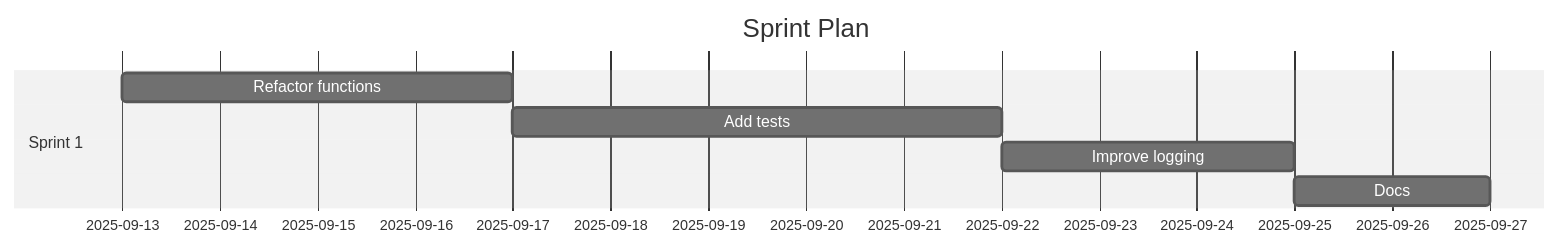
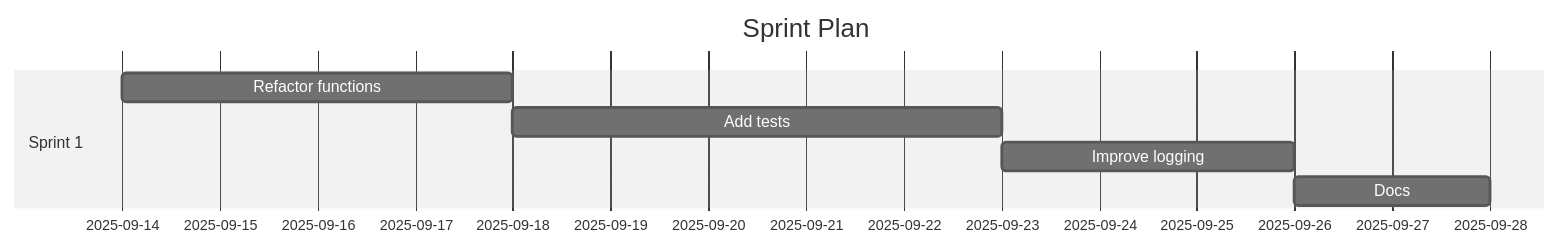
Before and after one commit to Anselmoo/mcp-ai-agent-guidelines: the diagram in demos/demo-code-analysis.sprint.md, drawn with Mermaid (neutral theme). The commit also changed other lines of this file and 13 other files, not shown here.

````diff
--- a/demos/demo-code-analysis.sprint.md
+++ b/demos/demo-code-analysis.sprint.md
@@ -58,11 +58,11 @@
 ```mermaid
 gantt
 	dateFormat  YYYY-MM-DD
 	title Sprint Plan
 %% Accessibility: Title=Project Sprint Plan; Description=Gantt chart of sprints and tasks over time. %%
   section Sprint 1
-  Refactor functions :s1t0, 2025-09-13, 4d
-  Add tests :s1t1, 2025-09-17, 5d
-  Improve logging :s1t2, 2025-09-22, 3d
-  Docs :s1t3, 2025-09-25, 2d
+  Refactor functions :s1t0, 2025-09-14, 4d
+  Add tests :s1t1, 2025-09-18, 5d
+  Improve logging :s1t2, 2025-09-23, 3d
+  Docs :s1t3, 2025-09-26, 2d
 ```
````
